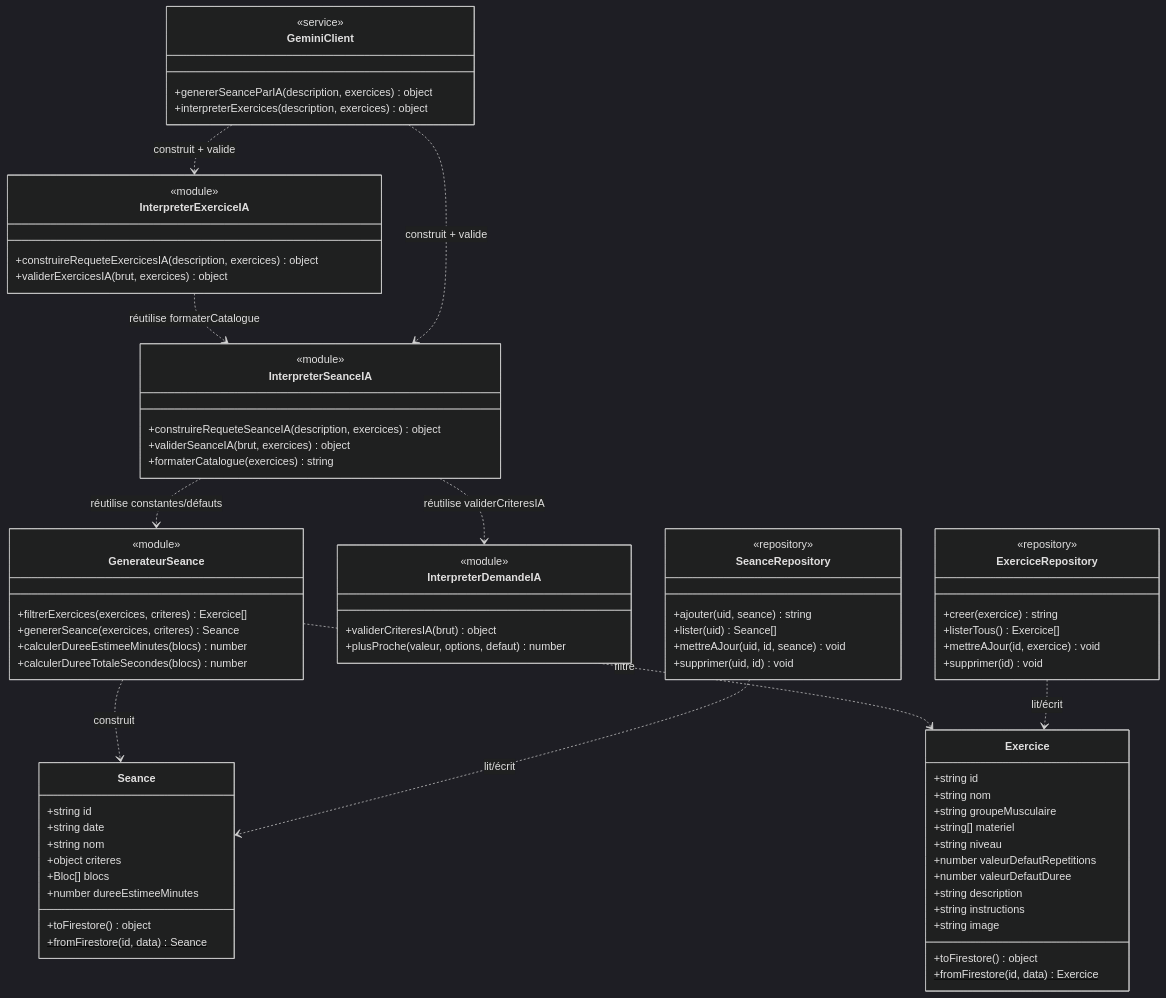
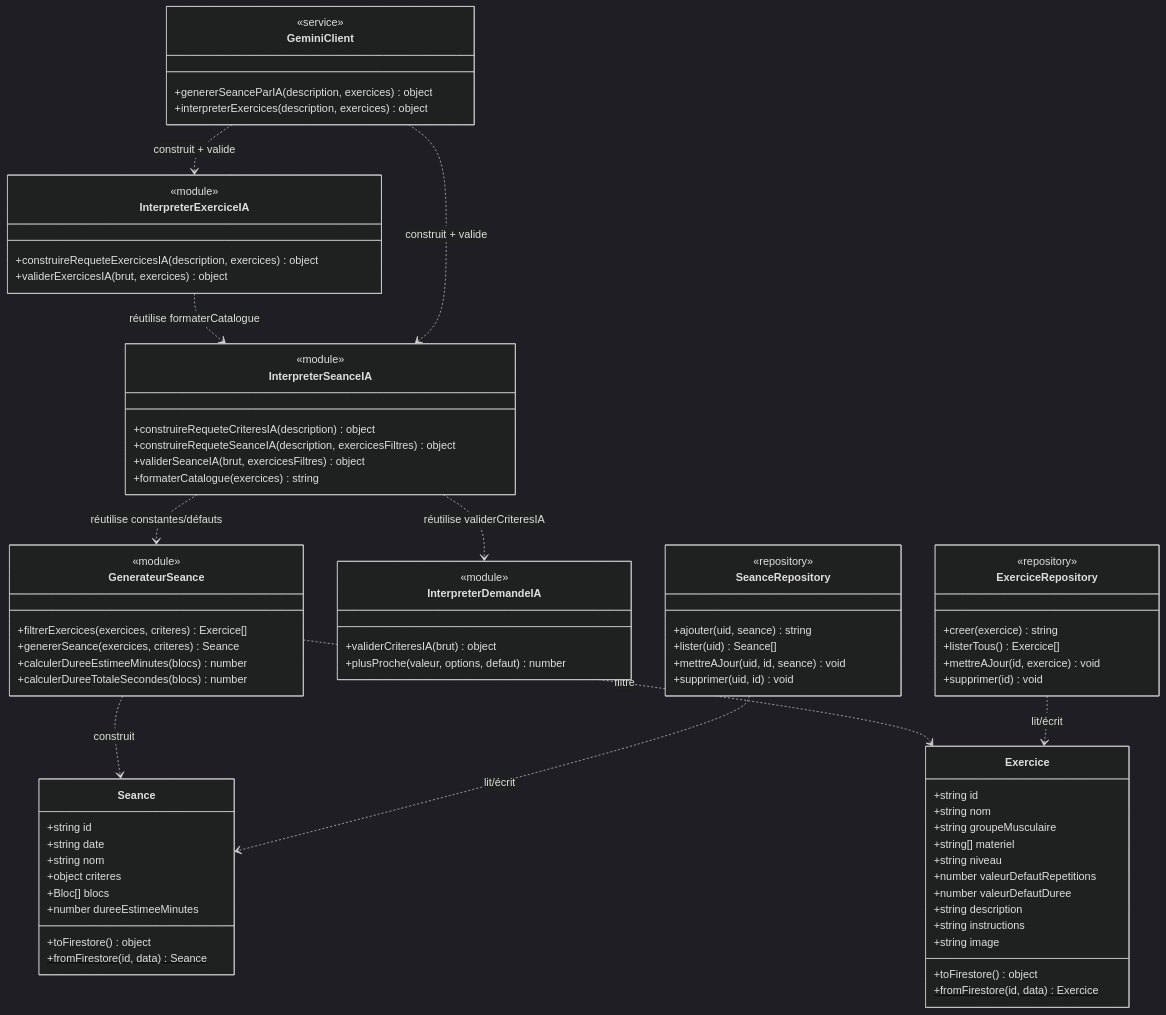
One commit to fdiss2018/homeFit changed the first of 2 diagrams in docs/backend/README.md. Above: the diagram before and after it, drawn with Mermaid (dark theme). The commit also changed other lines of this file and 11 other files, not shown here.

```diff
--- a/docs/backend/README.md
+++ b/docs/backend/README.md
@@ -71,8 +71,9 @@
 
     class InterpreterSeanceIA {
         <<module>>
-        +construireRequeteSeanceIA(description, exercices) object
-        +validerSeanceIA(brut, exercices) object
+        +construireRequeteCriteresIA(description) object
+        +construireRequeteSeanceIA(description, exercicesFiltres) object
+        +validerSeanceIA(brut, exercicesFiltres) object
         +formaterCatalogue(exercices) string
     }
 
```
